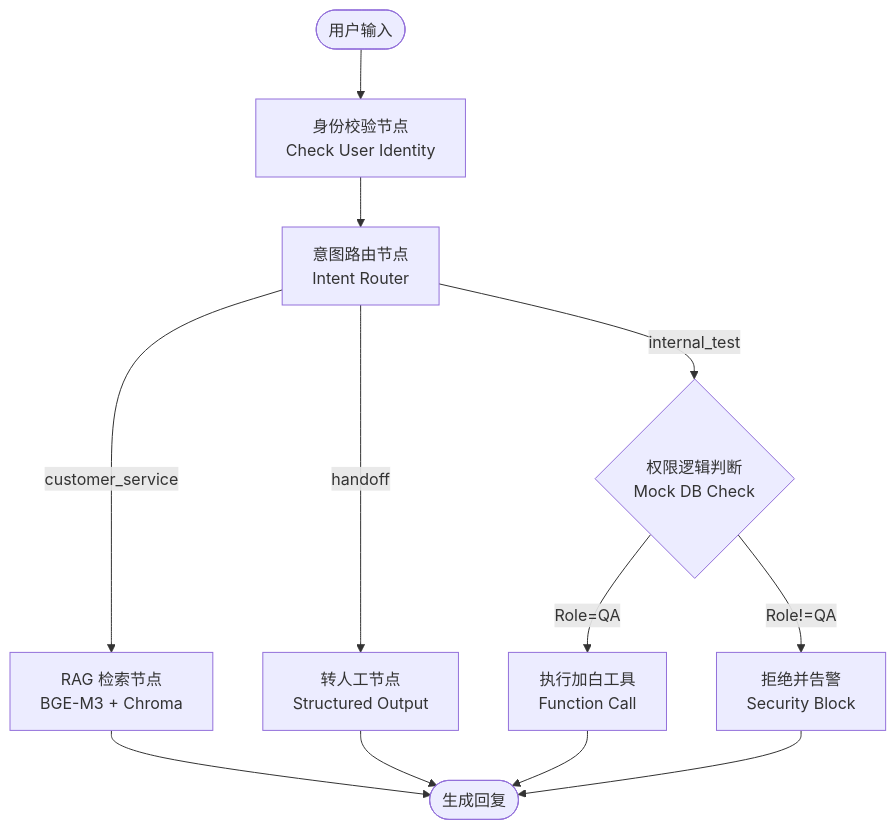
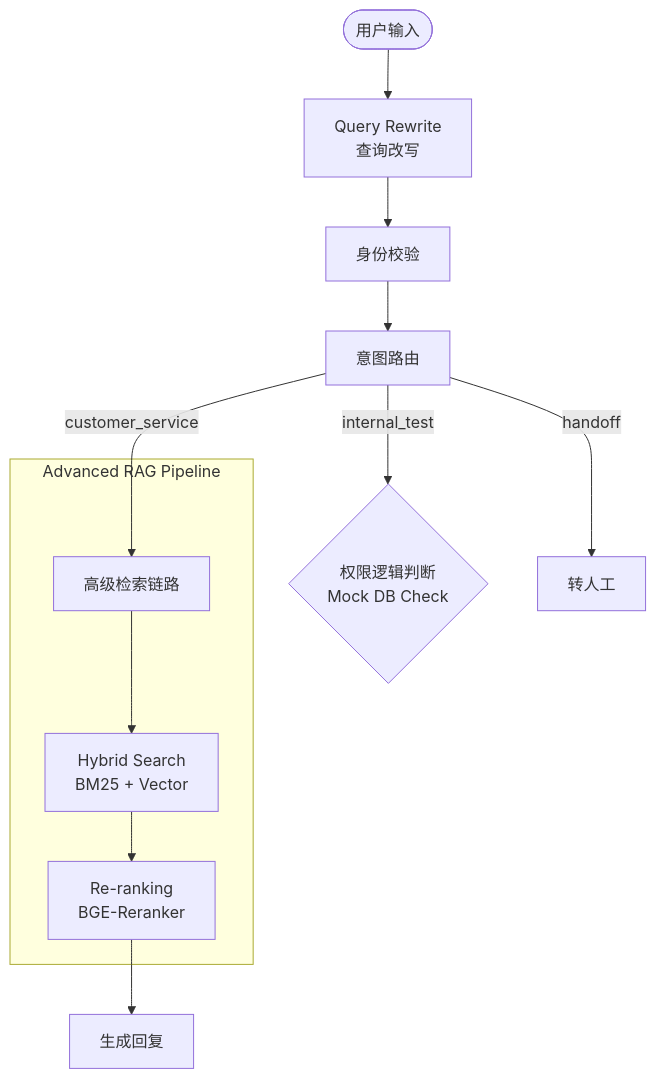
The diagram in README.md (xiajiangling/RiskControl-Agent), drawn with Mermaid before and after one commit. The commit also changed other lines of this file, not shown here.

````diff
--- a/README.md
+++ b/README.md
@@ -17,17 +18,17 @@
 ```mermaid
 graph TD
-    Start([用户输入]) --> CheckID[身份校验节点<br/>Check User Identity]
-    CheckID --> Router[意图路由节点<br/>Intent Router]
+    Start([用户输入]) --> Rewrite[Query Rewrite<br/>查询改写]
+    Rewrite --> CheckID[身份校验]
+    CheckID --> Router[意图路由]
     
     Router -- internal_test --> TestNode{权限逻辑判断<br/>Mock DB Check}
-    Router -- customer_service --> RAGNode[RAG 检索节点<br/>BGE-M3 + Chroma]
-    Router -- handoff --> HandoffNode[转人工节点<br/>Structured Output]
+    Router -- customer_service --> AdvancedRAG[高级检索链路]
+    Router -- handoff --> HandoffNode[转人工]
     
-    TestNode -- Role=QA --> Allow[执行加白工具<br/>Function Call]
-    TestNode -- Role!=QA --> Block[拒绝并告警<br/>Security Block]
+    subgraph Advanced RAG Pipeline
+    AdvancedRAG --> Hybrid[Hybrid Search<br/>BM25 + Vector]
+    Hybrid --> Rerank[Re-ranking<br/>BGE-Reranker]
+    end
     
-    RAGNode --> End([生成回复])
-    HandoffNode --> End
-    Allow --> End
-    Block --> End
+    Rerank --> Gen[生成回复]
 ```
````
